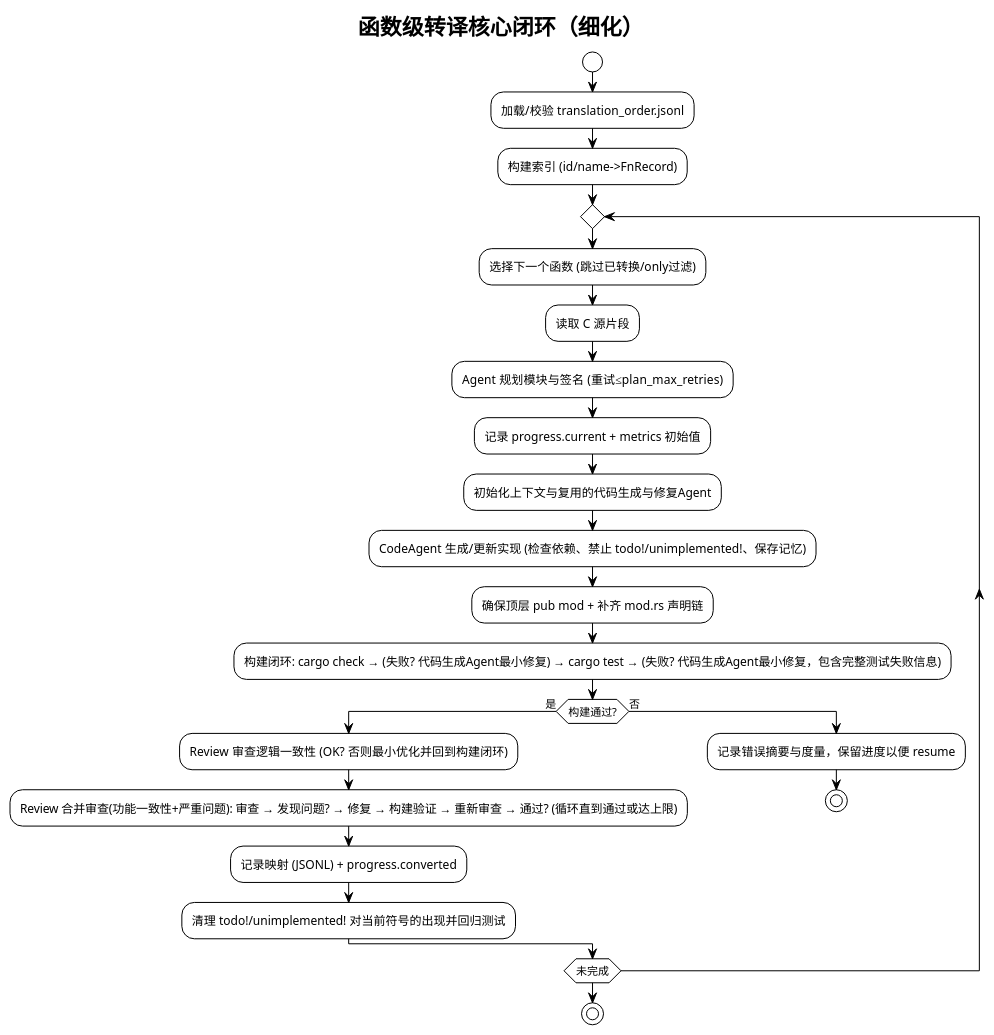
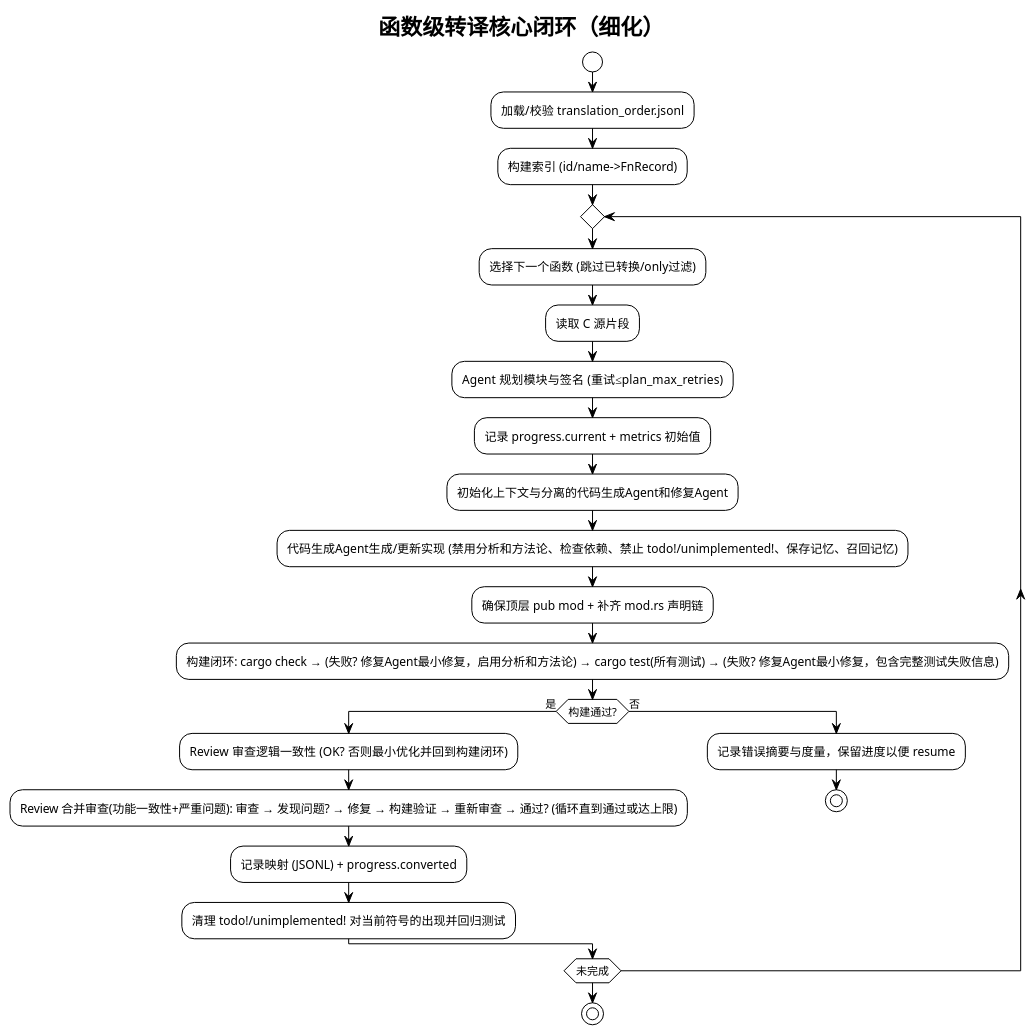
Before and after one commit to skyfireitdiy/Jarvis: diagram 52 of 60 in 技术报告.md, drawn with PlantUML. The commit also changed other lines of this file, not shown here.

````diff
--- a/技术报告.md
+++ b/技术报告.md
@@ -4302,30 +4306,30 @@
 ```plantuml
 @startuml
 !theme plain
 title 函数级转译核心闭环（细化）
 
 start
 :加载/校验 translation_order.jsonl;
 :构建索引 (id/name->FnRecord);
 repeat
   :选择下一个函数 (跳过已转换/only过滤);
   :读取 C 源片段;
   :Agent 规划模块与签名 (重试≤plan_max_retries);
   :记录 progress.current + metrics 初始值;
-  :初始化上下文与复用的代码生成与修复Agent;
-  :CodeAgent 生成/更新实现 (检查依赖、禁止 todo!/unimplemented!、保存记忆);
+  :初始化上下文与分离的代码生成Agent和修复Agent;
+  :代码生成Agent生成/更新实现 (禁用分析和方法论、检查依赖、禁止 todo!/unimplemented!、保存记忆、召回记忆);
   :确保顶层 pub mod + 补齐 mod.rs 声明链;
-  :构建闭环: cargo check → (失败? 代码生成Agent最小修复) → cargo test → (失败? 代码生成Agent最小修复，包含完整测试失败信息);
+  :构建闭环: cargo check → (失败? 修复Agent最小修复，启用分析和方法论) → cargo test(所有测试) → (失败? 修复Agent最小修复，包含完整测试失败信息);
   if (构建通过?) then (是)
     :Review 审查逻辑一致性 (OK? 否则最小优化并回到构建闭环);
     :Review 合并审查(功能一致性+严重问题): 审查 → 发现问题? → 修复 → 构建验证 → 重新审查 → 通过? (循环直到通过或达上限);
     :记录映射 (JSONL) + progress.converted;
     :清理 todo!/unimplemented! 对当前符号的出现并回归测试;
   else (否)
     :记录错误摘要与度量，保留进度以便 resume;
     stop
   endif
 repeat while (未完成)
 stop
 @enduml
 ```
````
